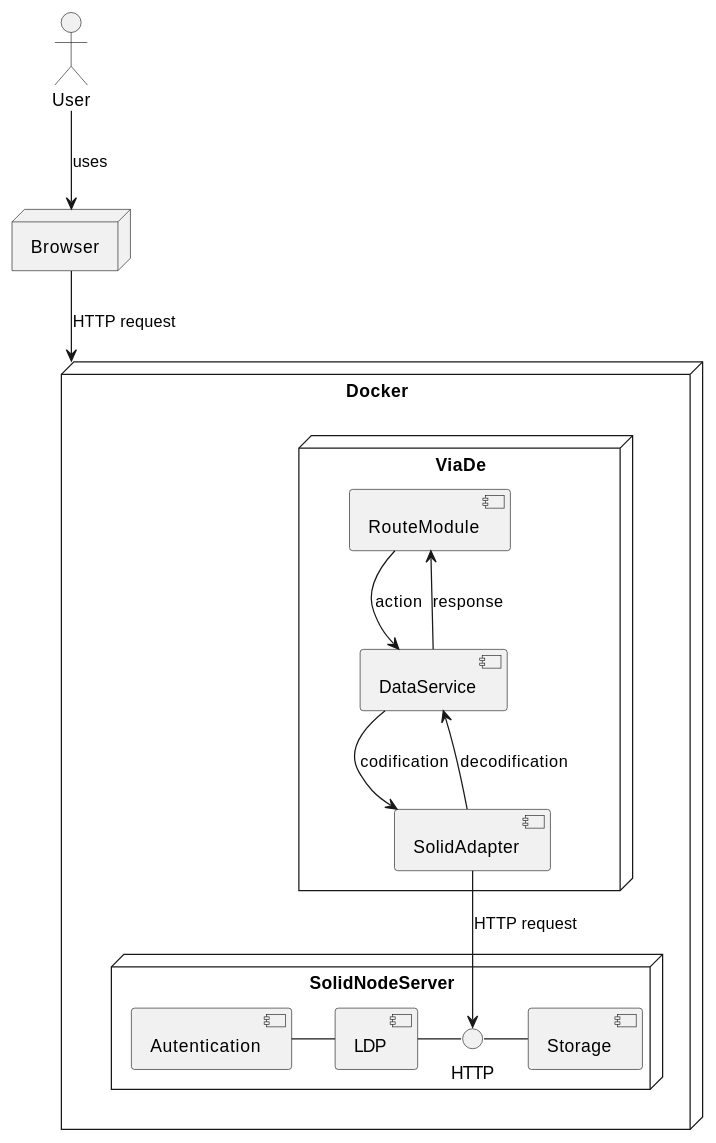
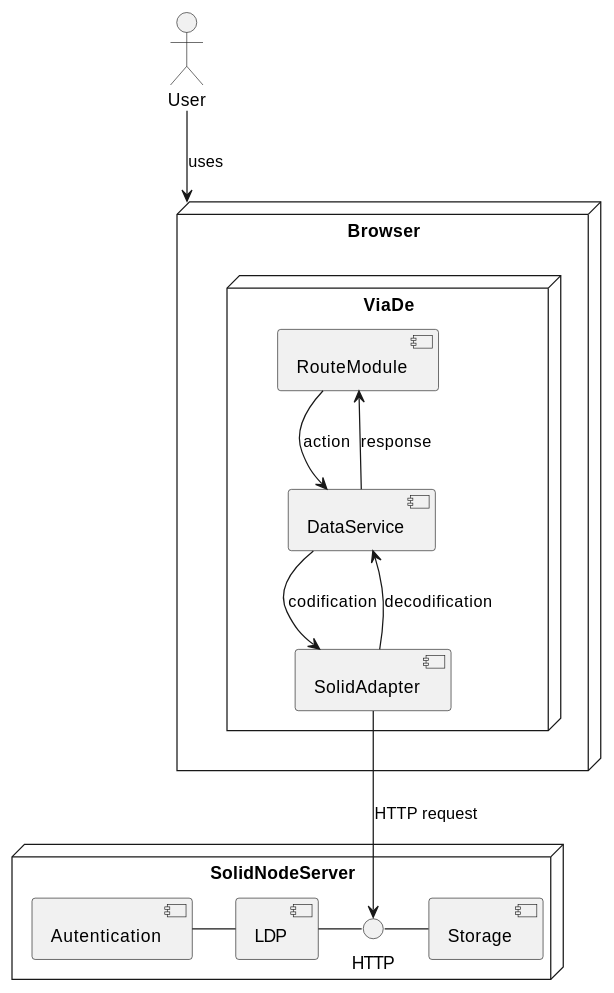
The diagram in src/docs/07_deployment_view.adoc (luishurle94/viade_es5a), drawn with PlantUML before and after one commit.

Commit message:
Update DeploymentView

```diff
--- a/src/docs/07_deployment_view.adoc
+++ b/src/docs/07_deployment_view.adoc
@@ -6,33 +6,30 @@
 [plantuml,"Deployment diagram",png]
 ----
 actor User
 
-node Browser
-
-node Docker{
+node Browser {
    node ViaDe {
 	   [RouteModule]
 	   [DataService]
 	   [SolidAdapter]
    }
+}
 
-   node SolidNodeServer {
-      interface HTTP
-      [Autentication] - [LDP]
-      [LDP] - HTTP
-      HTTP - [Storage]
-   }
+node SolidNodeServer {
+   interface HTTP
+   [Autentication] - [LDP]
+   [LDP] - HTTP
+   HTTP - [Storage]
 }
 
 
 User --> Browser : uses
-Browser --> Docker : HTTP request
 
 RouteModule --> DataService: action
 DataService--> RouteModule : response
 
 DataService--> SolidAdapter: codification
 SolidAdapter --> DataService: decodification
 
 SolidAdapter --> HTTP: HTTP request
 ----
```
